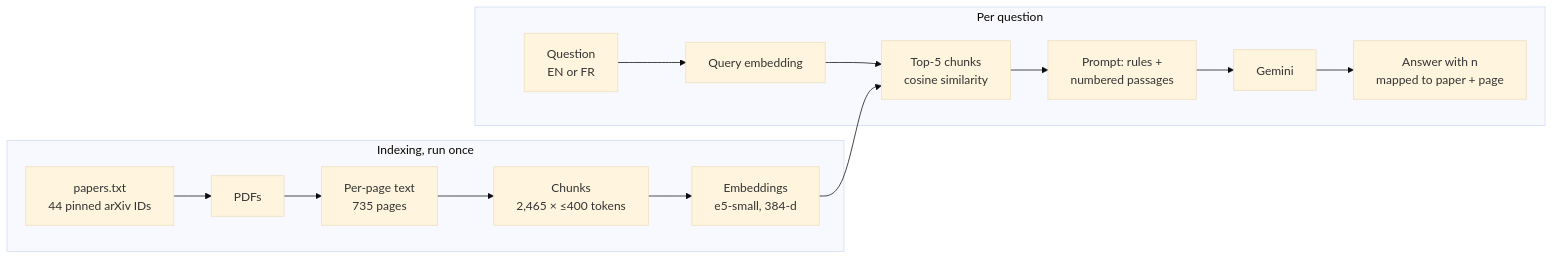
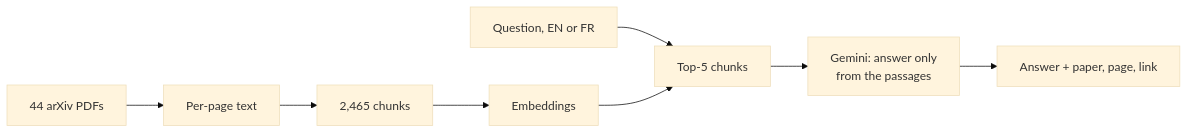
Before and after one commit to AYMANE-SNOUSSI/adversarial-attacks-rag: the diagram in README.md, drawn with Mermaid (base theme). The commit also changed other lines of this file and 1 other file, not shown here.

````diff
--- a/README.md
+++ b/README.md
@@ -22,17 +39,6 @@
 ```mermaid
 flowchart LR
-    subgraph Indexing["Indexing, run once"]
-        A[papers.txt<br/>44 pinned arXiv IDs] --> B[PDFs]
-        B --> C[Per-page text<br/>735 pages]
-        C --> D[Chunks<br/>2,465 × ≤400 tokens]
-        D --> E[Embeddings<br/>e5-small, 384-d]
-    end
-    subgraph Answering["Per question"]
-        Q[Question<br/>EN or FR] --> QE[Query embedding]
-        QE --> R[Top-5 chunks<br/>cosine similarity]
-        E --> R
-        R --> P[Prompt: rules +<br/>numbered passages]
-        P --> L[Gemini]
-        L --> O[Answer with n<br/>mapped to paper + page]
-    end
+    A[44 arXiv PDFs] --> B[Per-page text] --> C[2,465 chunks] --> D[Embeddings]
+    Q[Question, EN or FR] --> R[Top-5 chunks]
+    D --> R --> L[Gemini: answer only<br/>from the passages] --> O[Answer + paper, page, link]
 ```
````
